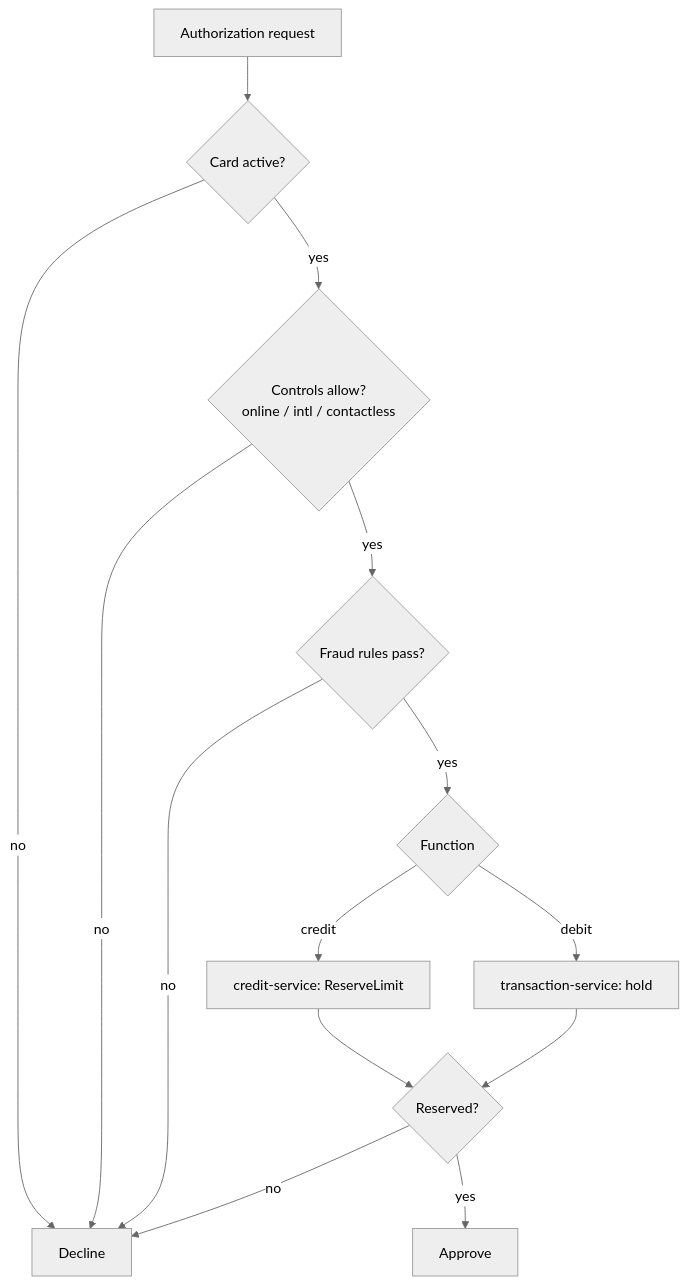
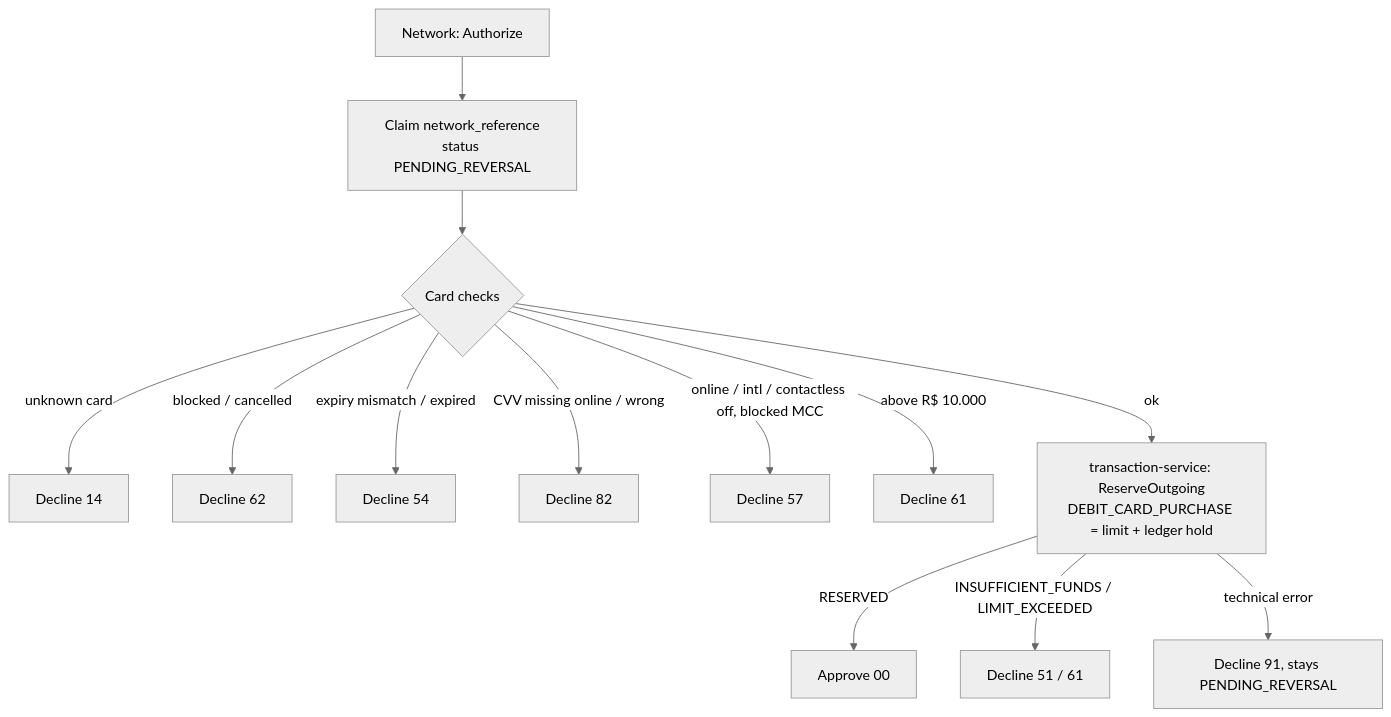
Before and after one commit to ViniciusMicarelli/digital-bank-platform: the diagram in docs/services/card-service.md, drawn with Mermaid (neutral theme). The commit also changed other lines of this file and 62 other files, not shown here.

First line of the commit message:
feat(card): debit cards with real-time authorization

````diff
--- a/docs/services/card-service.md
+++ b/docs/services/card-service.md
@@ -23,15 +28,15 @@
 ```mermaid
 flowchart TD
-    A[Authorization request] --> B{Card active?}
-    B -- no --> X[Decline]
-    B -- yes --> C{Controls allow?<br/>online / intl / contactless}
-    C -- no --> X
-    C -- yes --> D{Fraud rules pass?}
-    D -- no --> X
-    D -- yes --> E{Function}
-    E -- credit --> F[credit-service: ReserveLimit]
-    E -- debit --> G[transaction-service: hold]
-    F & G --> H{Reserved?}
-    H -- yes --> Y[Approve]
-    H -- no --> X
+    N[Network: Authorize] --> C[Claim network_reference<br/>status PENDING_REVERSAL]
+    C --> F{Card checks}
+    F -- "unknown card" --> D14[Decline 14]
+    F -- "blocked / cancelled" --> D62[Decline 62]
+    F -- "expiry mismatch / expired" --> D54[Decline 54]
+    F -- "CVV missing online / wrong" --> D82[Decline 82]
+    F -- "online / intl / contactless off, blocked MCC" --> D57[Decline 57]
+    F -- "above R$ 10.000" --> D61[Decline 61]
+    F -- ok --> R[transaction-service: ReserveOutgoing<br/>DEBIT_CARD_PURCHASE = limit + ledger hold]
+    R -- RESERVED --> A[Approve 00]
+    R -- "INSUFFICIENT_FUNDS / LIMIT_EXCEEDED" --> D51[Decline 51 / 61]
+    R -- "technical error" --> D91[Decline 91, stays PENDING_REVERSAL]
 ```
````
